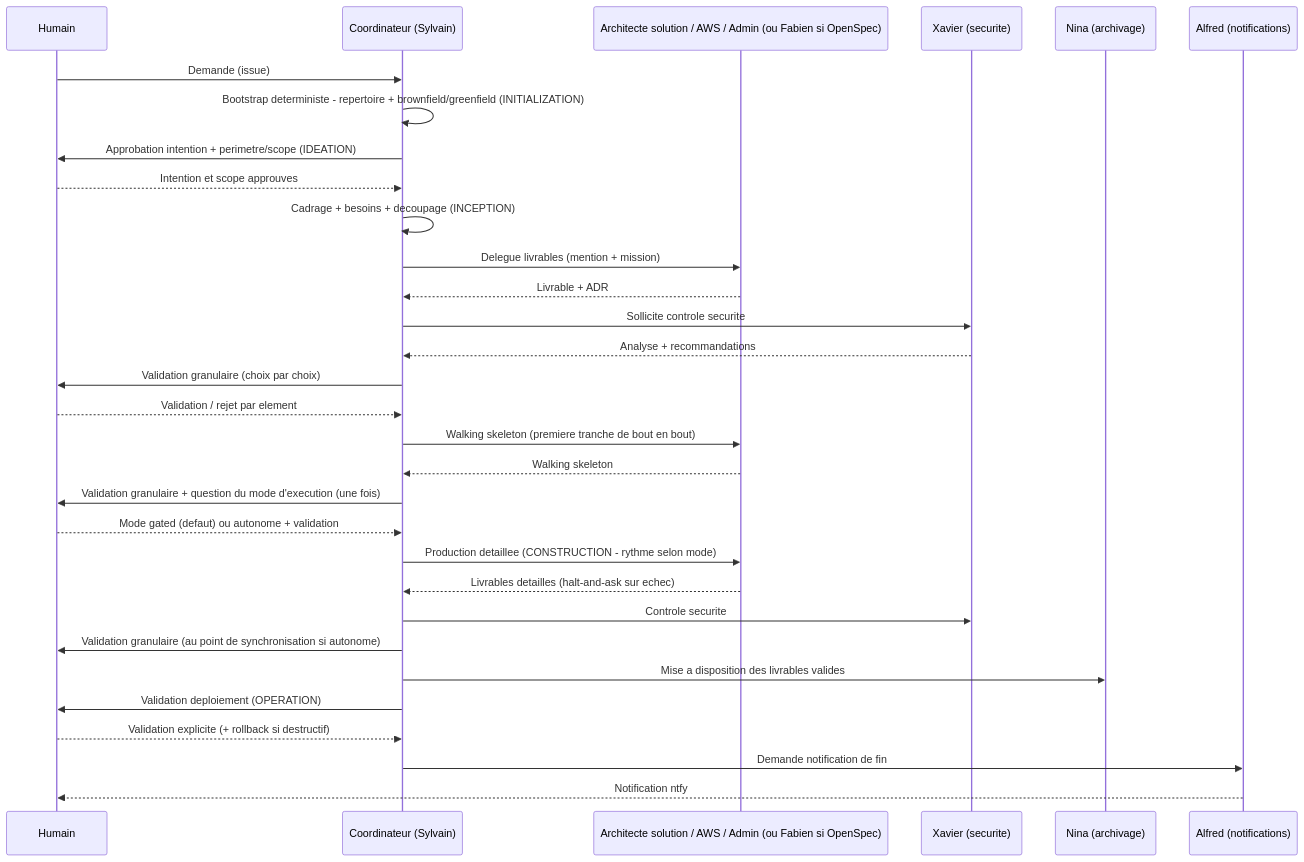
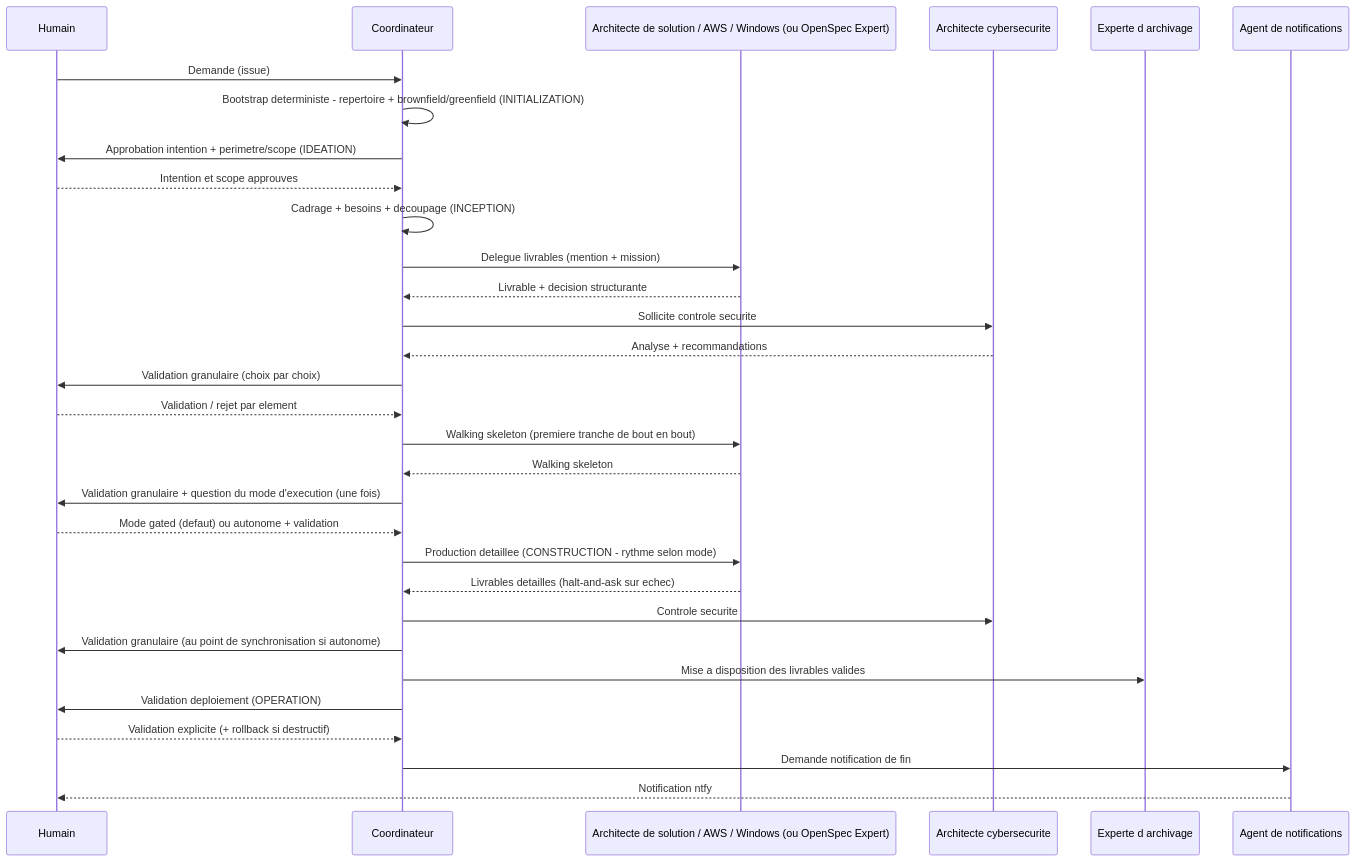
One commit to Gsyltc/homelab-portfolio changed the second of 2 diagrams in core/common/conductor.md. Above: the diagram before and after it, drawn with Mermaid. The commit also changed other lines of this file and 25 other files, not shown here.

````diff
--- a/core/common/conductor.md
+++ b/core/common/conductor.md
@@ -165,34 +165,34 @@
 ```mermaid
 sequenceDiagram
     participant H as Humain
-    participant S as Coordinateur (Sylvain)
-    participant A as Architecte solution / AWS / Admin (ou Fabien si OpenSpec)
-    participant X as Xavier (securite)
-    participant N as Nina (archivage)
-    participant AL as Alfred (notifications)
+    participant S as Coordinateur
+    participant A as Architecte de solution / AWS / Windows (ou OpenSpec Expert)
+    participant X as Architecte cybersecurite
+    participant N as Experte d archivage
+    participant AL as Agent de notifications
 
     H->>S: Demande (issue)
     S->>S: Bootstrap deterministe - repertoire + brownfield/greenfield (INITIALIZATION)
     S->>H: Approbation intention + perimetre/scope (IDEATION)
     H-->>S: Intention et scope approuves
     S->>S: Cadrage + besoins + decoupage (INCEPTION)
     S->>A: Delegue livrables (mention + mission)
-    A-->>S: Livrable + ADR
+    A-->>S: Livrable + decision structurante
     S->>X: Sollicite controle securite
     X-->>S: Analyse + recommandations
     S->>H: Validation granulaire (choix par choix)
     H-->>S: Validation / rejet par element
     S->>A: Walking skeleton (premiere tranche de bout en bout)
     A-->>S: Walking skeleton
     S->>H: Validation granulaire + question du mode d'execution (une fois)
     H-->>S: Mode gated (defaut) ou autonome + validation
     S->>A: Production detaillee (CONSTRUCTION - rythme selon mode)
     A-->>S: Livrables detailles (halt-and-ask sur echec)
     S->>X: Controle securite
     S->>H: Validation granulaire (au point de synchronisation si autonome)
     S->>N: Mise a disposition des livrables valides
     S->>H: Validation deploiement (OPERATION)
     H-->>S: Validation explicite (+ rollback si destructif)
     S->>AL: Demande notification de fin
     AL-->>H: Notification ntfy
 ```
````
